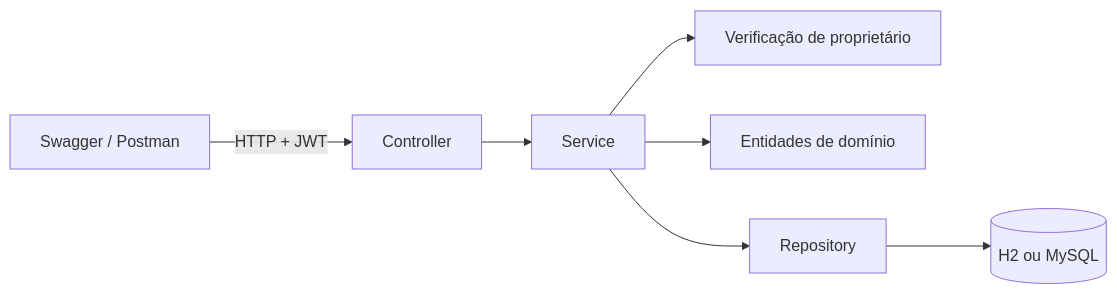
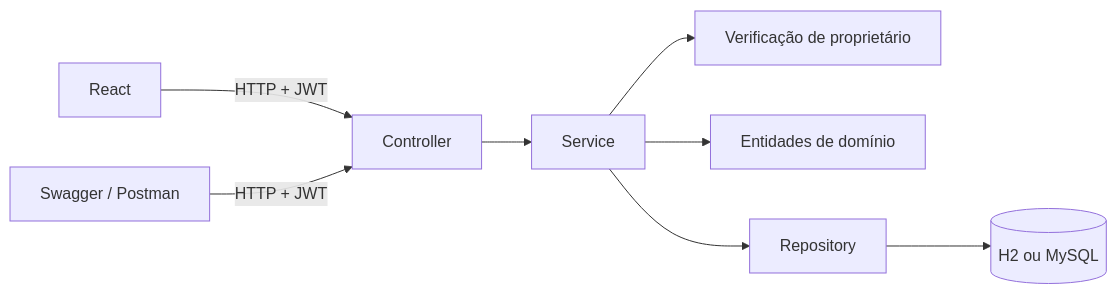
Before and after one commit to verickmr/bank-spring: the diagram in README.md, drawn with Mermaid. The commit also changed other lines of this file and 1 other file, not shown here.

````diff
--- a/README.md
+++ b/README.md
@@ -351,9 +385,10 @@
 ```mermaid
 flowchart LR
+    Navegador[React] -->|HTTP + JWT| Controller
     Swagger[Swagger / Postman] -->|HTTP + JWT| Controller
     Controller --> Service
     Service --> Autorizacao[Verificação de proprietário]
     Service --> Dominio[Entidades de domínio]
     Service --> Repository
     Repository --> Banco[(H2 ou MySQL)]
 ```
````
